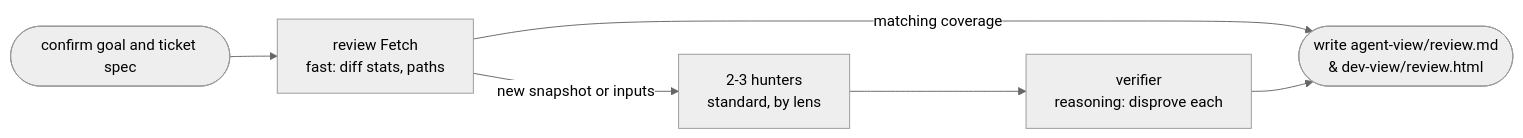
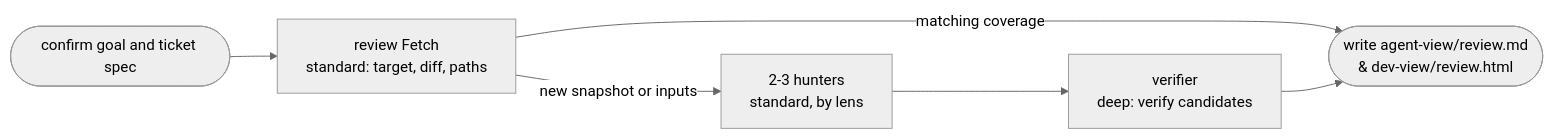
One commit to le0u0/just-do-it changed the diagram in docs/go-review.md. Above: the diagram before and after it, drawn with Mermaid (neutral theme). The commit also changed other lines of this file and 49 other files, not shown here.

````diff
--- a/docs/go-review.md
+++ b/docs/go-review.md
@@ -11,8 +13,8 @@
 ```mermaid
 flowchart LR
-    IN([confirm goal and ticket spec]) --> G[review Fetch<br/>fast: diff stats, paths]
+    IN([confirm goal and ticket spec]) --> G[review Fetch<br/>standard: target, diff, paths]
     G -->|new snapshot or inputs| H[2-3 hunters<br/>standard, by lens]
     G -->|matching coverage| R
-    H --> V[verifier<br/>reasoning: disprove each]
+    H --> V[verifier<br/>deep: verify candidates]
     V --> R([write agent-view/review.md<br/>& dev-view/review.html])
 ```
````
